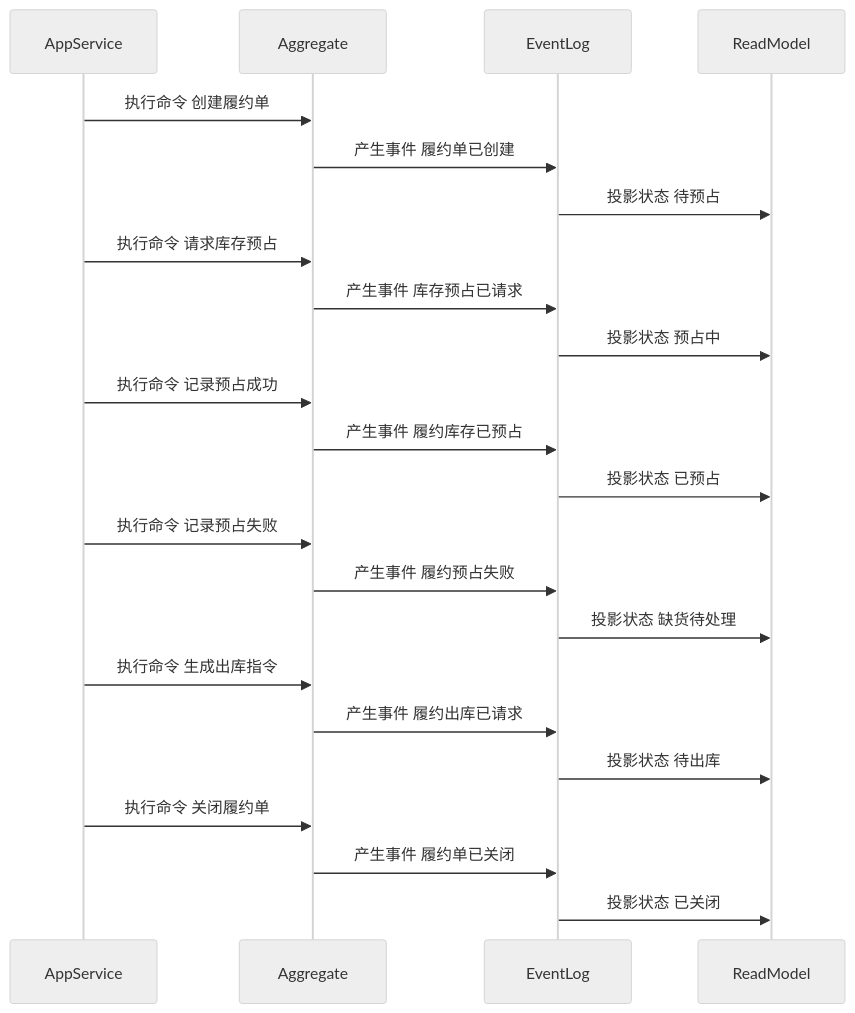
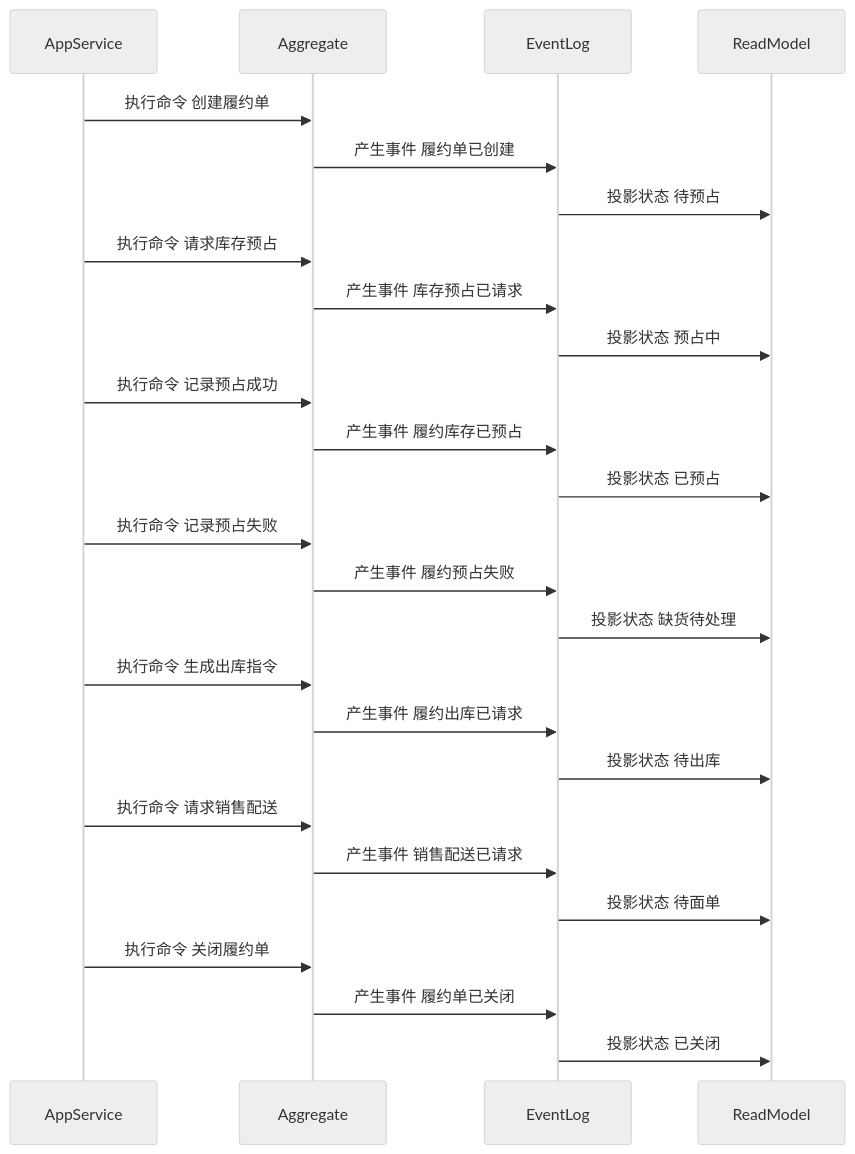
One commit to chao1927/scm changed the sixth of 6 diagrams in docs/03-核心业务模型/05-OMS领域模型/03-履约单聚合CQRS设计.md. Above: the diagram before and after it, drawn with Mermaid (neutral theme). The commit also changed other lines of this file and 118 other files, not shown here.

````diff
--- a/docs/03-核心业务模型/05-OMS领域模型/03-履约单聚合CQRS设计.md
+++ b/docs/03-核心业务模型/05-OMS领域模型/03-履约单聚合CQRS设计.md
@@ -261,26 +272,29 @@
 ```mermaid
 sequenceDiagram
     participant AppService
     participant Aggregate
     participant EventLog
     participant ReadModel
 
     AppService->>Aggregate: 执行命令 创建履约单
     Aggregate->>EventLog: 产生事件 履约单已创建
     EventLog->>ReadModel: 投影状态 待预占
     AppService->>Aggregate: 执行命令 请求库存预占
     Aggregate->>EventLog: 产生事件 库存预占已请求
     EventLog->>ReadModel: 投影状态 预占中
     AppService->>Aggregate: 执行命令 记录预占成功
     Aggregate->>EventLog: 产生事件 履约库存已预占
     EventLog->>ReadModel: 投影状态 已预占
     AppService->>Aggregate: 执行命令 记录预占失败
     Aggregate->>EventLog: 产生事件 履约预占失败
     EventLog->>ReadModel: 投影状态 缺货待处理
     AppService->>Aggregate: 执行命令 生成出库指令
     Aggregate->>EventLog: 产生事件 履约出库已请求
     EventLog->>ReadModel: 投影状态 待出库
+    AppService->>Aggregate: 执行命令 请求销售配送
+    Aggregate->>EventLog: 产生事件 销售配送已请求
+    EventLog->>ReadModel: 投影状态 待面单
     AppService->>Aggregate: 执行命令 关闭履约单
     Aggregate->>EventLog: 产生事件 履约单已关闭
     EventLog->>ReadModel: 投影状态 已关闭
 ```
````
